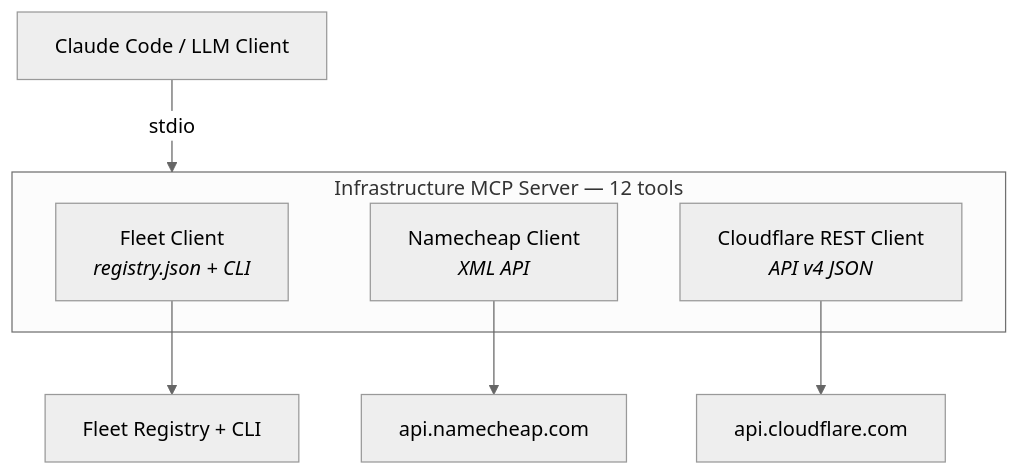
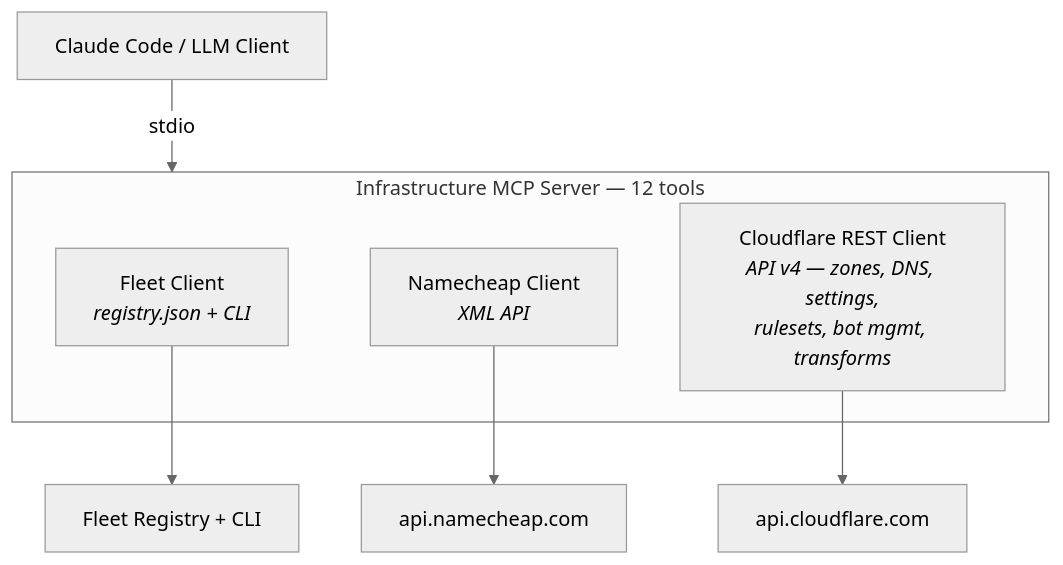
One commit to wrxck/infrastructure-mcp changed the diagram in README.md. Above: the diagram before and after it, drawn with Mermaid (neutral theme). The commit also changed other lines of this file and 20 other files, not shown here.

````diff
--- a/README.md
+++ b/README.md
@@ -13,15 +36,15 @@
 ```mermaid
 graph TD
     Client[Claude Code / LLM Client]
     Client -->|stdio| Server
 
     subgraph Server[Infrastructure MCP Server — 12 tools]
         Fleet[Fleet Client<br><i>registry.json + CLI</i>]
         Namecheap[Namecheap Client<br><i>XML API</i>]
-        Cloudflare[Cloudflare REST Client<br><i>API v4 JSON</i>]
+        Cloudflare[Cloudflare REST Client<br><i>API v4 — zones, DNS, settings,<br>rulesets, bot mgmt, transforms</i>]
     end
 
     Fleet --> FleetAPI[Fleet Registry + CLI]
     Namecheap --> NCAPI[api.namecheap.com]
     Cloudflare --> CFAPI[api.cloudflare.com]
 ```
````
